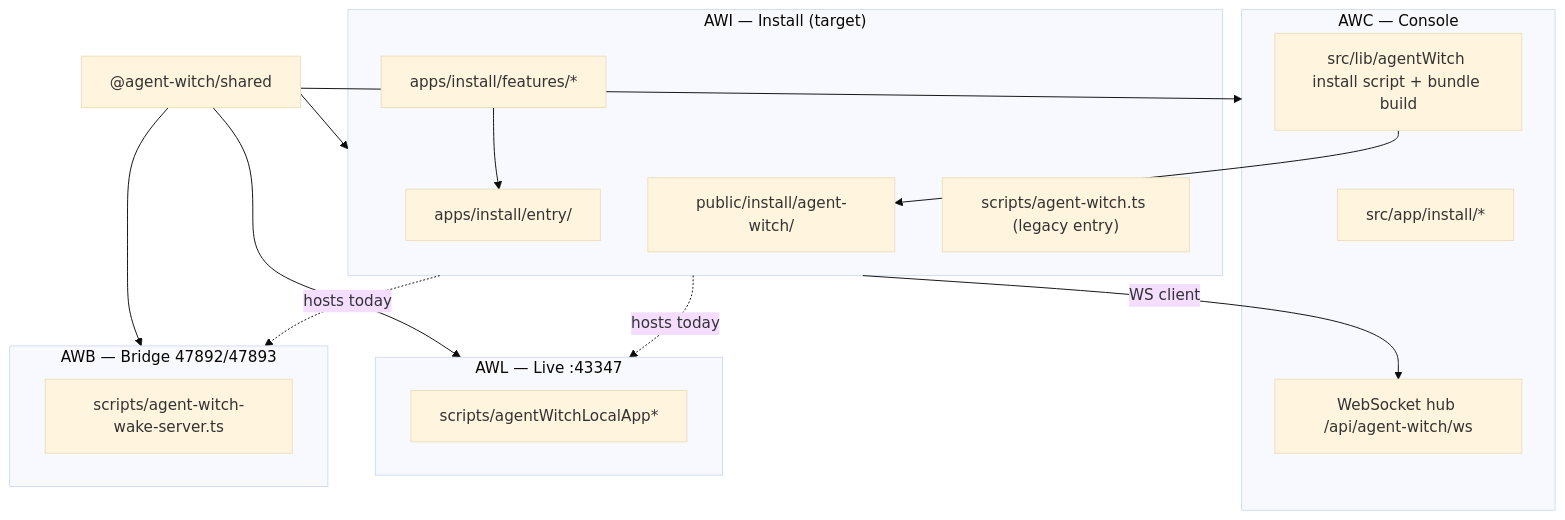
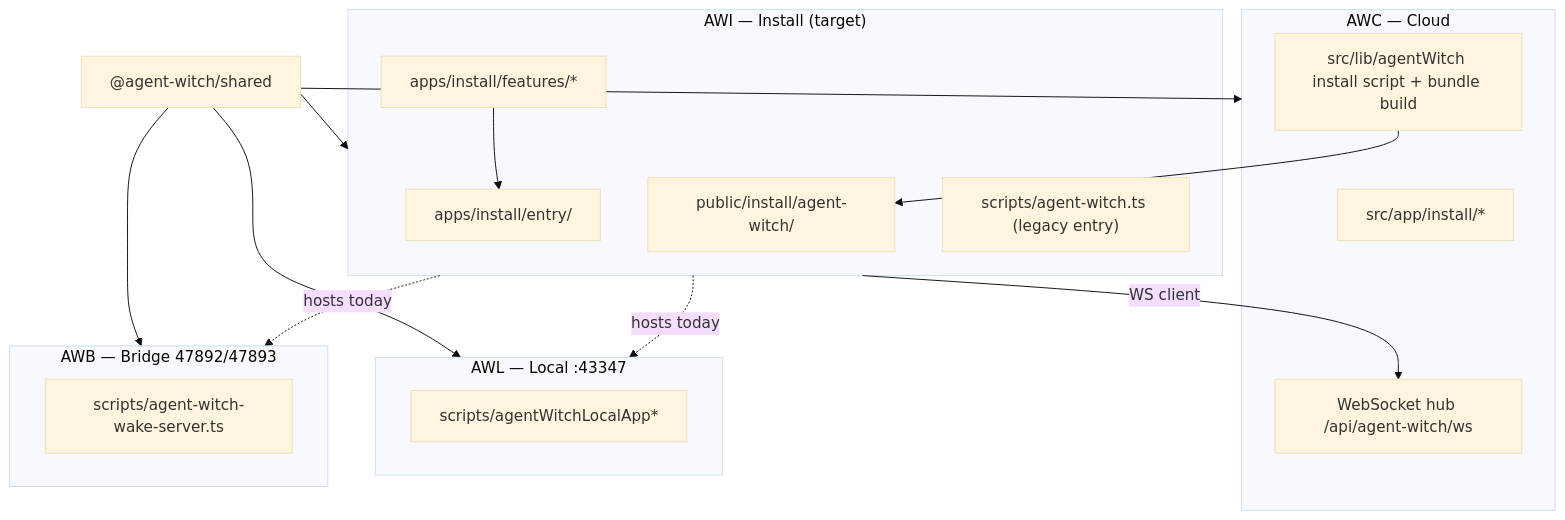
One commit to thiennp/daily-magic changed the diagram in docs/architecture/awi-fsa-plan.md. Above: the diagram before and after it, drawn with Mermaid (base theme). The commit also changed 73 other files, not shown here.

First line of the commit message:
docs: standardize AWC as Agent Witch Cloud and AWL as Agent Witch Local

````diff
--- a/docs/architecture/awi-fsa-plan.md
+++ b/docs/architecture/awi-fsa-plan.md
@@ -15,37 +15,37 @@
 ```mermaid
 flowchart TB
-  subgraph AWC["AWC — Console"]
+  subgraph AWC["AWC — Cloud"]
     AppInstall["src/app/install/*"]
     LibInstall["src/lib/agentWitch install script + bundle build"]
     Hub["WebSocket hub /api/agent-witch/ws"]
   end
 
   subgraph AWI["AWI — Install (target)"]
     Entry["apps/install/entry/"]
     Features["apps/install/features/*"]
     BundleShip["public/install/agent-witch/"]
     Runtime["scripts/agent-witch.ts (legacy entry)"]
   end
 
-  subgraph AWL["AWL — Live :43347"]
+  subgraph AWL["AWL — Local :43347"]
     LocalApp["scripts/agentWitchLocalApp*"]
   end
 
   subgraph AWB["AWB — Bridge 47892/47893"]
     Wake["scripts/agent-witch-wake-server.ts"]
   end
 
   Shared["@agent-witch/shared"]
 
   Shared --> AWC
   Shared --> AWI
   Shared --> AWL
   Shared --> AWB
 
   AWI -->|"WS client"| Hub
   AWI -.->|"hosts today"| AWL
   AWI -.->|"hosts today"| AWB
 
   LibInstall --> BundleShip
   Features --> Entry
 ```
````
